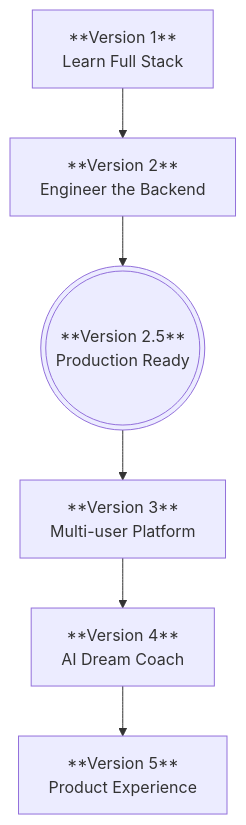
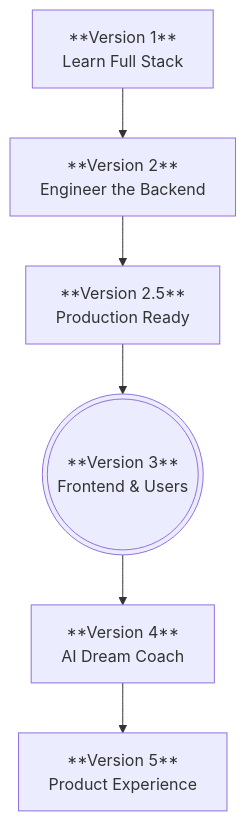
Before and after one commit to Dunkrick/nook: the diagram in docs/roadmap.md, drawn with Mermaid. The commit also changed other lines of this file and 5 other files, not shown here.

````diff
--- a/docs/roadmap.md
+++ b/docs/roadmap.md
@@ -5,9 +5,9 @@
 ```mermaid
 flowchart TD
     V1[**Version 1**<br/>Learn Full Stack] --> V2
     V2[**Version 2**<br/>Engineer the Backend] --> V25
-    V25(((**Version 2.5**<br/>Production Ready))) --> V3
-    V3[**Version 3**<br/>Multi-user Platform] --> V4
+    V25[**Version 2.5**<br/>Production Ready] --> V3
+    V3(((**Version 3**<br/>Frontend & Users))) --> V4
     V4[**Version 4**<br/>AI Dream Coach] --> V5
     V5[**Version 5**<br/>Product Experience]
 ```
````
